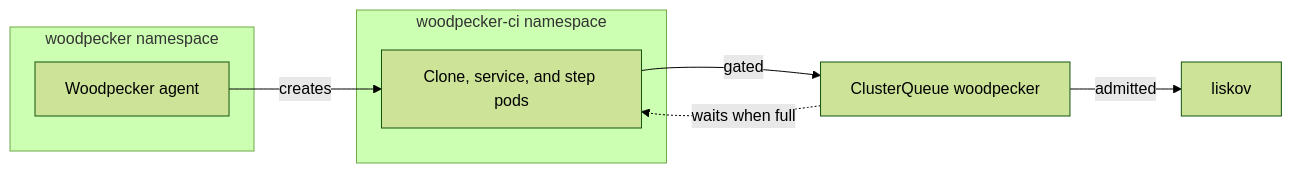
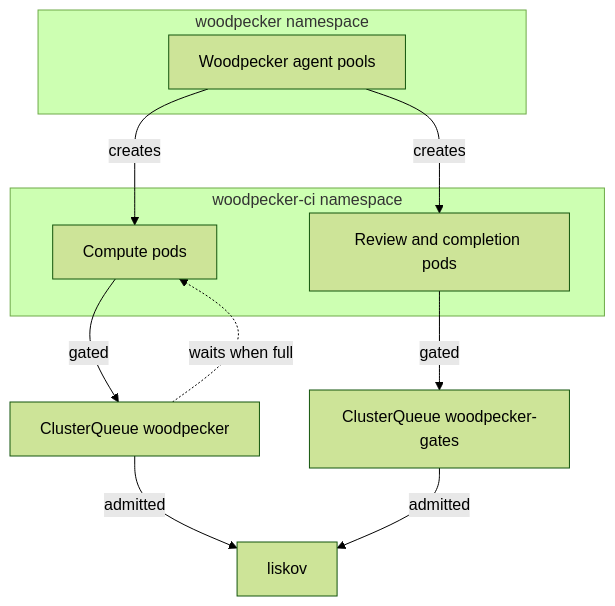
One commit to shepherdjerred/monorepo changed the diagram in packages/docs/wiki/src/content/docs/explanation/homelab/ci-admission.md. Above: the diagram before and after it, drawn with Mermaid (forest theme). The commit also changed other lines of this file and 12 other files, not shown here.

First line of the commit message:
perf(ci): prepare reserved agent pools within the existing resource budget

````diff
--- a/packages/docs/wiki/src/content/docs/explanation/homelab/ci-admission.md
+++ b/packages/docs/wiki/src/content/docs/explanation/homelab/ci-admission.md
@@ -12,16 +15,20 @@
 ```mermaid
-flowchart LR
+flowchart TB
   accTitle: CI resource admission
-  accDescr: The Woodpecker agent creates clone, service, and step pods in the woodpecker-ci namespace. Each is held behind a scheduling gate until the Kueue ClusterQueue has room, then scheduled onto liskov. The control plane lives in a separate namespace Kueue never touches.
+  accDescr: Woodpecker agents create pods in the woodpecker-ci namespace. Compute pods use the default queue, while review and completion pools use a separate gate reserve. Both queues admit pods onto liskov. The control plane lives in a namespace Kueue never touches.
 
   subgraph CP[woodpecker namespace]
-    WP[Woodpecker agent]
+    WP[Woodpecker agent pools]
   end
   subgraph CI[woodpecker-ci namespace]
-    POD[Clone, service, and step pods]
+    POD[Compute pods]
+    GATE[Review and completion pods]
   end
   WP -->|creates| POD
+  WP -->|creates| GATE
   POD -->|gated| CQ[ClusterQueue woodpecker]
+  GATE -->|gated| GQ[ClusterQueue woodpecker-gates]
   CQ -->|admitted| NODE[liskov]
+  GQ -->|admitted| NODE
   CQ -.->|waits when full| POD
 ```
````
